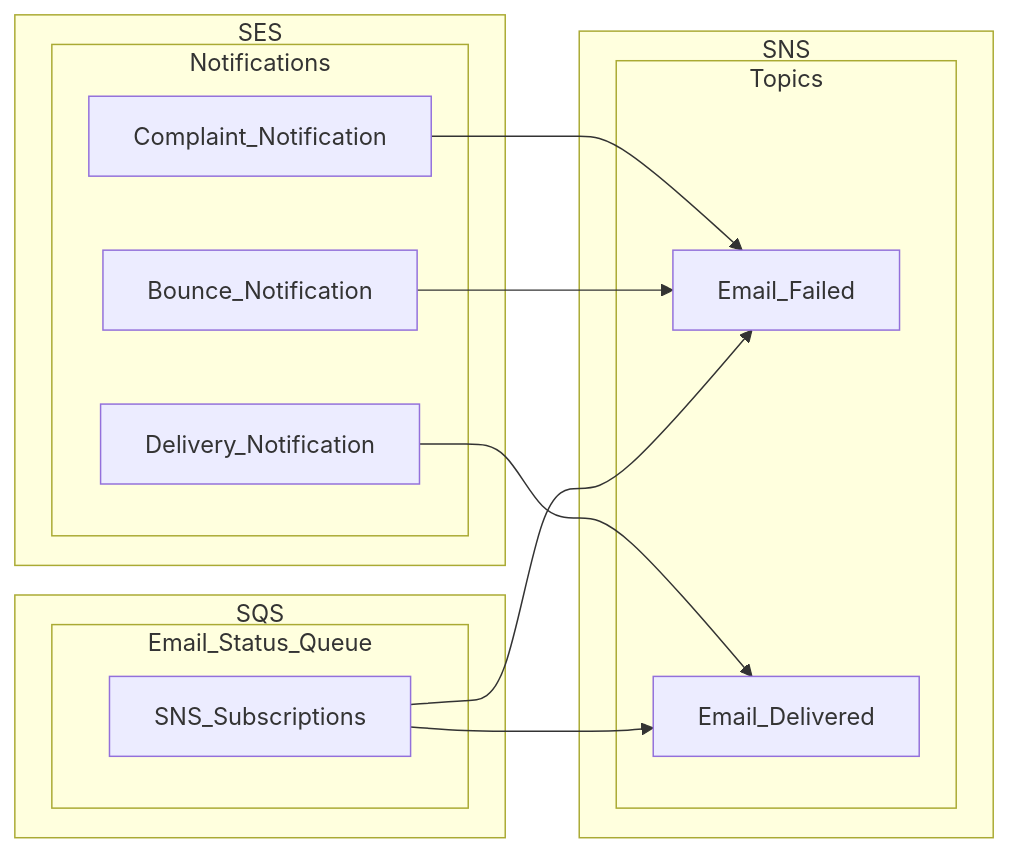
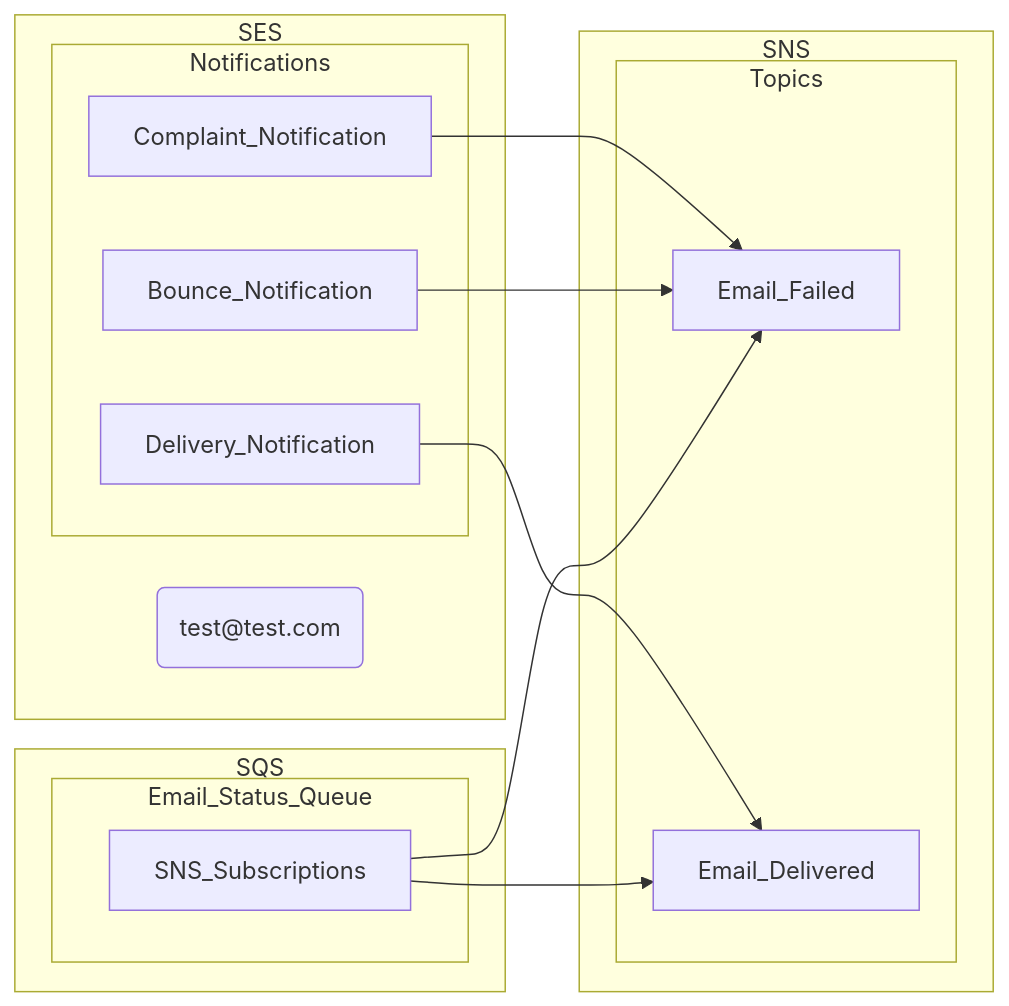
Before and after one commit to harryho/blog-hugo: the diagram in content/cloud/aws/aws-05-ses-sqs-sns-2.md, drawn with Mermaid. The commit also changed other lines of this file, not shown here.

```diff
--- a/content/cloud/aws/aws-05-ses-sqs-sns-2.md
+++ b/content/cloud/aws/aws-05-ses-sqs-sns-2.md
@@ -12,29 +12,31 @@
 {{<mermaid>}}
 graph LR
-   Email_Failed
-   Email_Delivered
+    Sender_Email("test@test.com")
+    Email_Failed
+    Email_Delivered
     SNS_Subscriptions --> Email_Failed
     SNS_Subscriptions --> Email_Delivered
     Bounce_Notification --> Email_Failed
     Complaint_Notification --> Email_Failed
     Delivery_Notification --> Email_Delivered
-   subgraph SQS     
+    subgraph SQS     
         subgraph Email_Status_Queue
             SNS_Subscriptions
         end
     end 
     subgraph SNS
        subgraph Topics
            Email_Failed
            Email_Delivered
        end
     end
     subgraph SES
+       Sender_Email
        subgraph Notifications
            Bounce_Notification 
            Complaint_Notification 
            Delivery_Notification 
        end
     end
 
 {{</mermaid >}}
```
